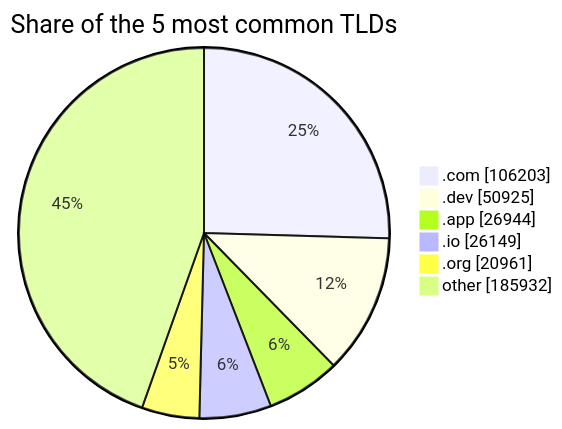
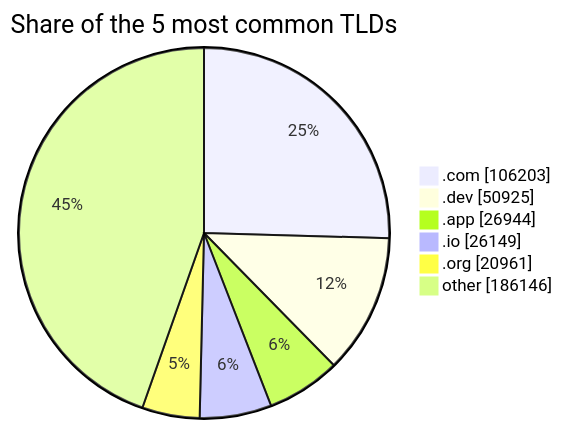
One commit to DNSBunker/CTI changed the third of 3 diagrams in README.md. Above: the diagram before and after it, drawn with Mermaid. The commit also changed other lines of this file and 3 other files, not shown here.

````diff
--- a/README.md
+++ b/README.md
@@ -81,9 +81,9 @@
 ```mermaid
 pie showData title Share of the 5 most common TLDs
     ".com" : 106203
     ".dev" : 50925
     ".app" : 26944
     ".io" : 26149
     ".org" : 20961
-    "other" : 185932
+    "other" : 186146
 ```
````
